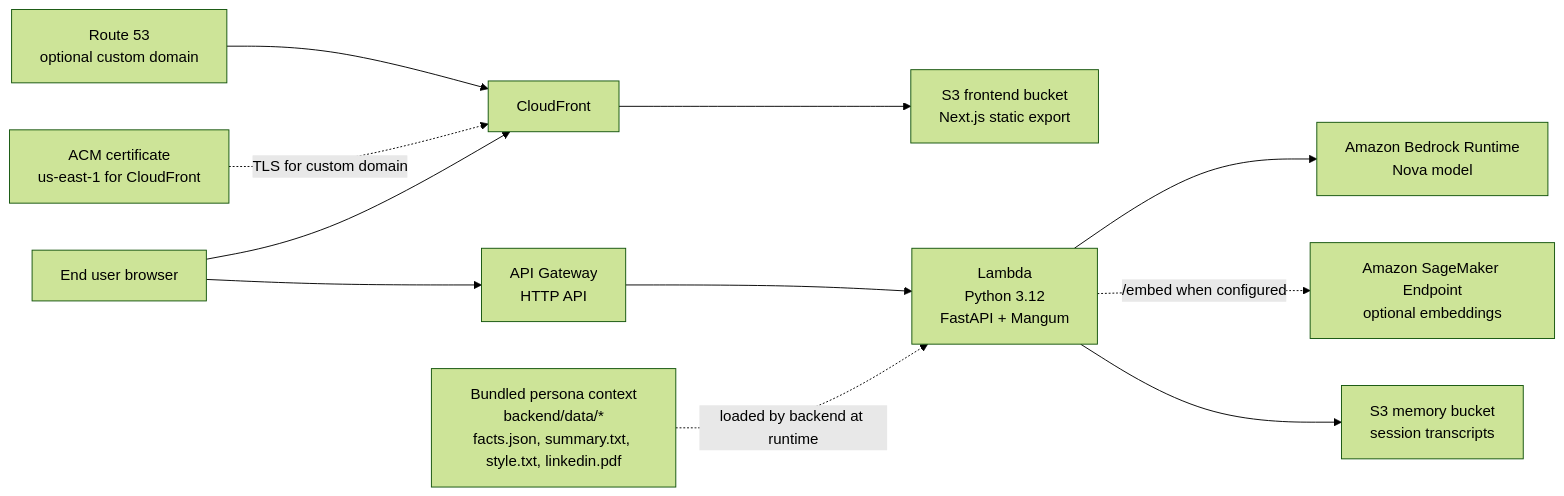
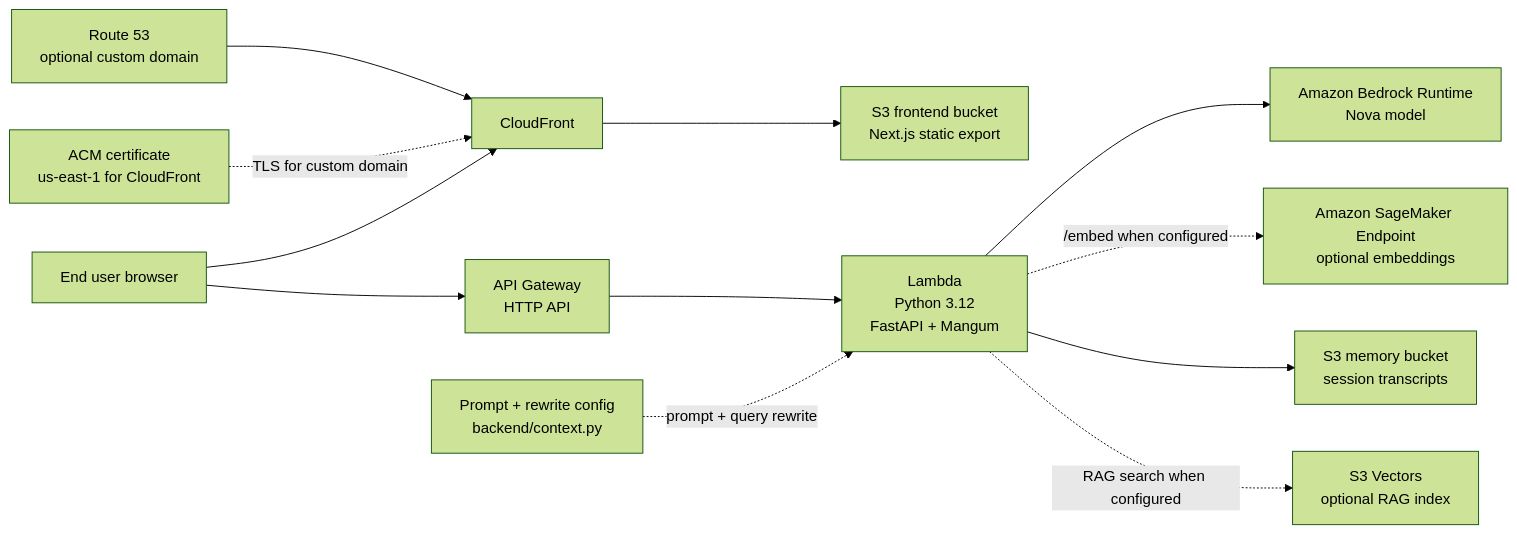
One commit to svkmdl/prop-assist-twin changed the diagram in README.md. Above: the diagram before and after it, drawn with Mermaid (forest theme). The commit also changed other lines of this file, not shown here.

````diff
--- a/README.md
+++ b/README.md
@@ -11,25 +11,27 @@
 ```mermaid
 flowchart LR
     U[End user browser]
     R53[Route 53<br/>optional custom domain]
     ACM[ACM certificate<br/>us-east-1 for CloudFront]
     CF[CloudFront]
     S3F[S3 frontend bucket<br/>Next.js static export]
     API[API Gateway<br/>HTTP API]
     L[Lambda<br/>Python 3.12<br/>FastAPI + Mangum]
     BR[Amazon Bedrock Runtime<br/>Nova model]
     SM[Amazon SageMaker Endpoint<br/>optional embeddings]
     S3M[S3 memory bucket<br/>session transcripts]
-    P[Bundled persona context<br/>backend/data/*<br/>facts.json, summary.txt, style.txt, linkedin.pdf]
+    V[S3 Vectors<br/>optional RAG index]
+    P[Prompt + rewrite config<br/>backend/context.py]
 
     R53 --> CF
     ACM -. TLS for custom domain .-> CF
     U --> CF
     CF --> S3F
     U --> API
     API --> L
     L --> BR
     L -. /embed when configured .-> SM
     L --> S3M
-    P -. loaded by backend at runtime .-> L
+    L -. RAG search when configured .-> V
+    P -. prompt + query rewrite .-> L
 ```
````
